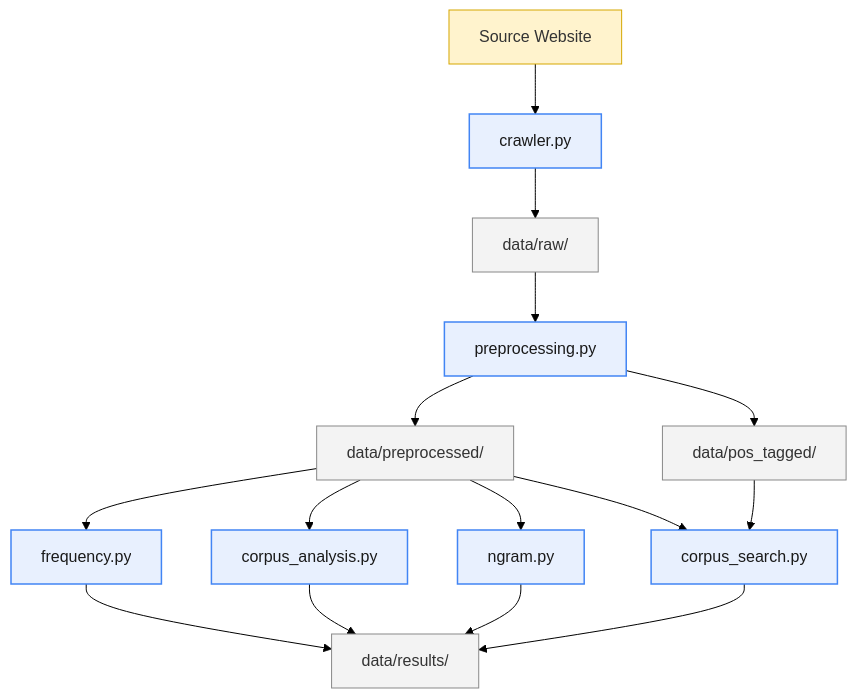
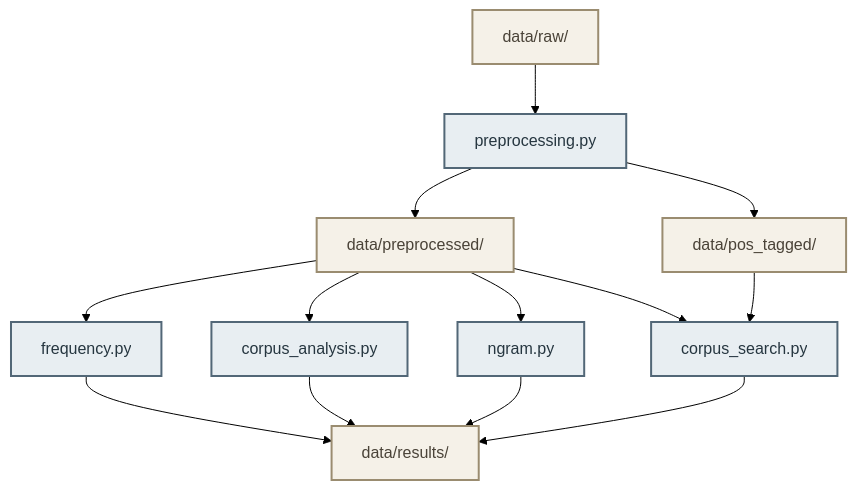
Before and after one commit to ksphere0013/Corpus-Linguistics-Toolkit-for-Chinese: the diagram in README.md, drawn with Mermaid (forest theme). The commit also changed other lines of this file, not shown here.

````diff
--- a/README.md
+++ b/README.md
@@ -32,30 +35,27 @@
 ```mermaid
 flowchart TD
-    A[Source Website] --> B[crawler.py]
-    B --> C[data/raw/]
+    C[data/raw/]
 
     C --> D[preprocessing.py]
 
     D --> E[data/preprocessed/]
     D --> F[data/pos_tagged/]
 
     E --> G[frequency.py]
     E --> H[corpus_analysis.py]
     E --> I[ngram.py]
     E --> J[corpus_search.py]
 
     F --> J
 
     G --> K[data/results/]
     H --> K
     I --> K
     J --> K
 
-    classDef python fill:#e8f0fe,stroke:#4285f4,stroke-width:1.5px,color:#1a1a1a;
-    classDef data fill:#f3f3f3,stroke:#888,stroke-width:1px,color:#333;
-    classDef source fill:#fff3cd,stroke:#d6a700,stroke-width:1px,color:#333;
+    classDef python fill:#E8EEF2,stroke:#526777,stroke-width:2px,color:#263640;
+    classDef data fill:#F5F1E8,stroke:#9A8C70,stroke-width:2px,color:#4A4338;
 
-    class B,D,G,H,I,J python;
+    class D,G,H,I,J python;
     class C,E,F,K data;
-    class A source;
 ```
````
